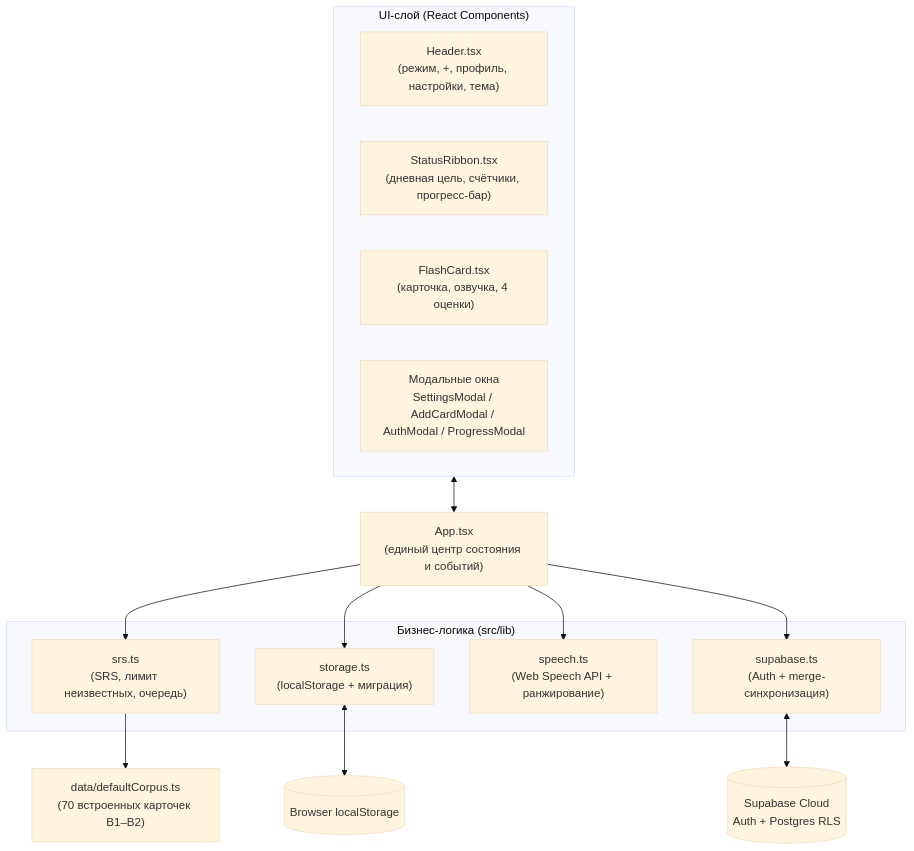
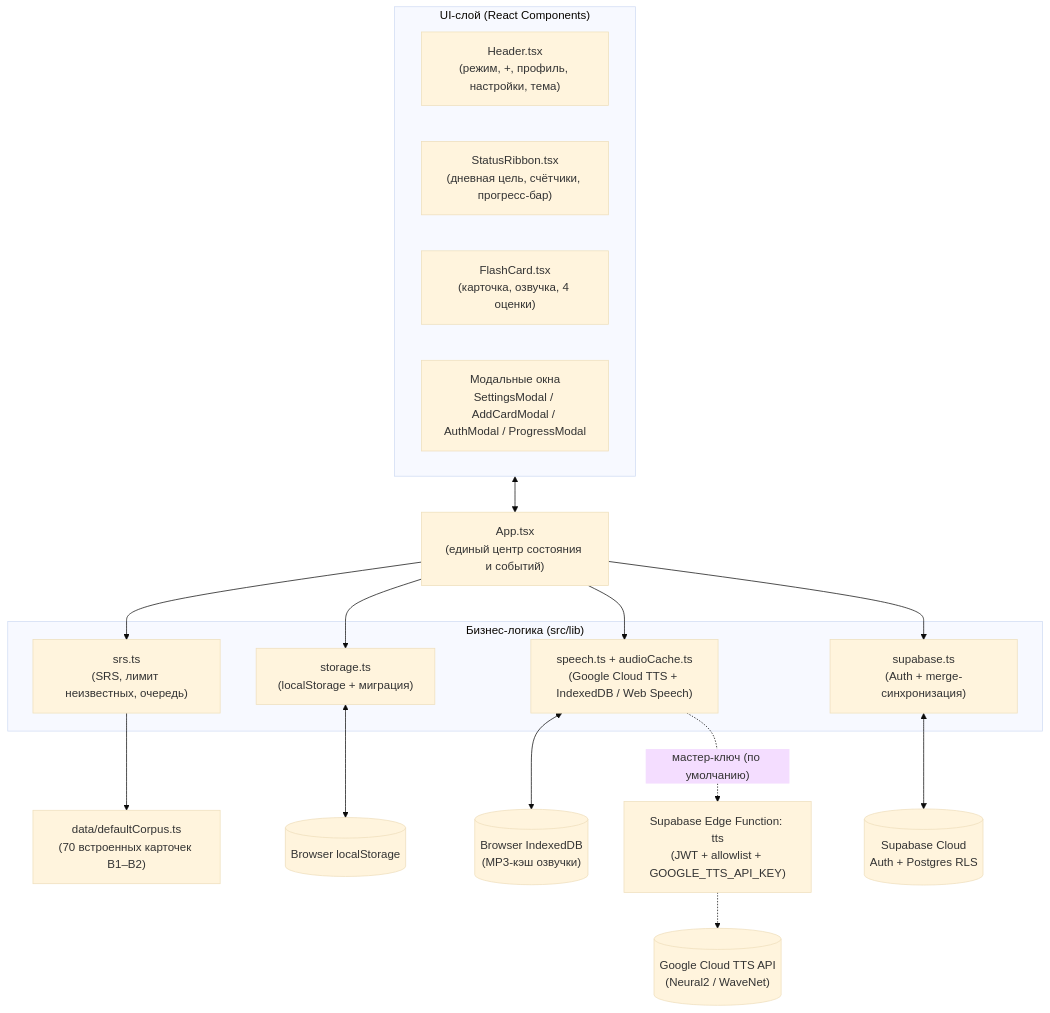
One commit to an2ancan/anki changed the first of 5 diagrams in ARCHITECTURE.md. Above: the diagram before and after it, drawn with Mermaid (base theme). The commit also changed other lines of this file and 12 other files, not shown here.

Commit message:
feat: implement Google Cloud TTS integration with IndexedDB caching and settings management

````diff
--- a/ARCHITECTURE.md
+++ b/ARCHITECTURE.md
@@ -13,31 +13,37 @@
 ```mermaid
 flowchart TD
   subgraph UI["UI-слой (React Components)"]
     Header["Header.tsx<br/>(режим, +, профиль, настройки, тема)"]
     Ribbon["StatusRibbon.tsx<br/>(дневная цель, счётчики, прогресс-бар)"]
     Card["FlashCard.tsx<br/>(карточка, озвучка, 4 оценки)"]
     Modals["Модальные окна<br/>SettingsModal / AddCardModal / AuthModal / ProgressModal"]
   end
 
   App["App.tsx<br/>(единый центр состояния и событий)"]
 
   subgraph Logic["Бизнес-логика (src/lib)"]
     SRS["srs.ts<br/>(SRS, лимит неизвестных, очередь)"]
     Storage["storage.ts<br/>(localStorage + миграция)"]
-    Speech["speech.ts<br/>(Web Speech API + ранжирование)"]
+    Speech["speech.ts + audioCache.ts<br/>(Google Cloud TTS + IndexedDB / Web Speech)"]
     SupaLib["supabase.ts<br/>(Auth + merge-синхронизация)"]
   end
 
   Data["data/defaultCorpus.ts<br/>(70 встроенных карточек B1–B2)"]
   LS[("Browser localStorage")]
+  IDB[("Browser IndexedDB<br/>(MP3-кэш озвучки)")]
+  EdgeTTS["Supabase Edge Function: tts<br/>(JWT + allowlist + GOOGLE_TTS_API_KEY)"]
+  GoogleTTS[("Google Cloud TTS API<br/>(Neural2 / WaveNet)")]
   SupaDB[("Supabase Cloud<br/>Auth + Postgres RLS")]
 
   UI <--> App
   App --> SRS
   App --> Storage
   App --> Speech
   App --> SupaLib
   SRS --> Data
   Storage <--> LS
+  Speech <--> IDB
+  Speech -.->|"мастер-ключ (по умолчанию)"| EdgeTTS
+  EdgeTTS -.-> GoogleTTS
   SupaLib <--> SupaDB
 ```
````
